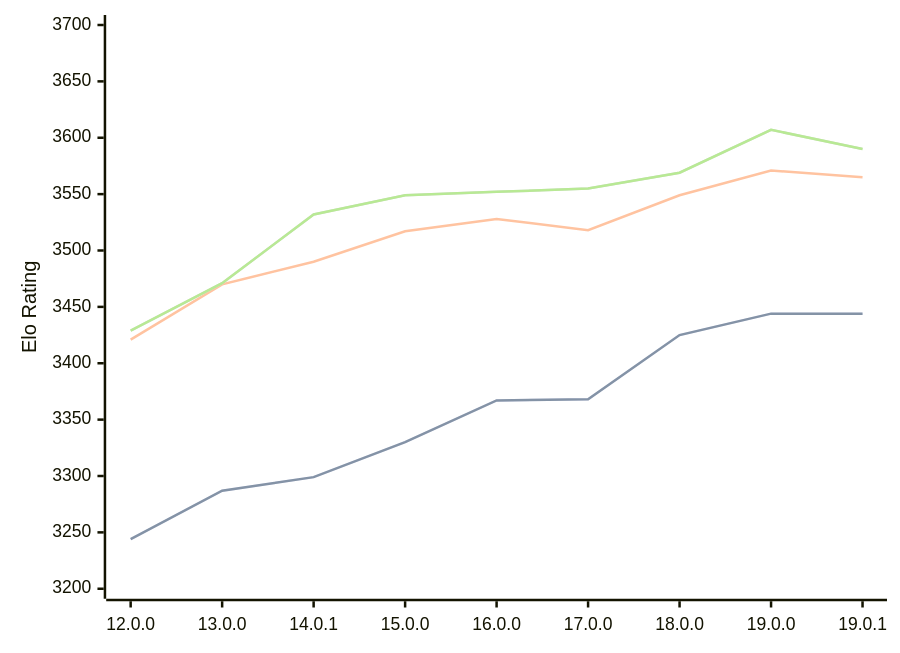
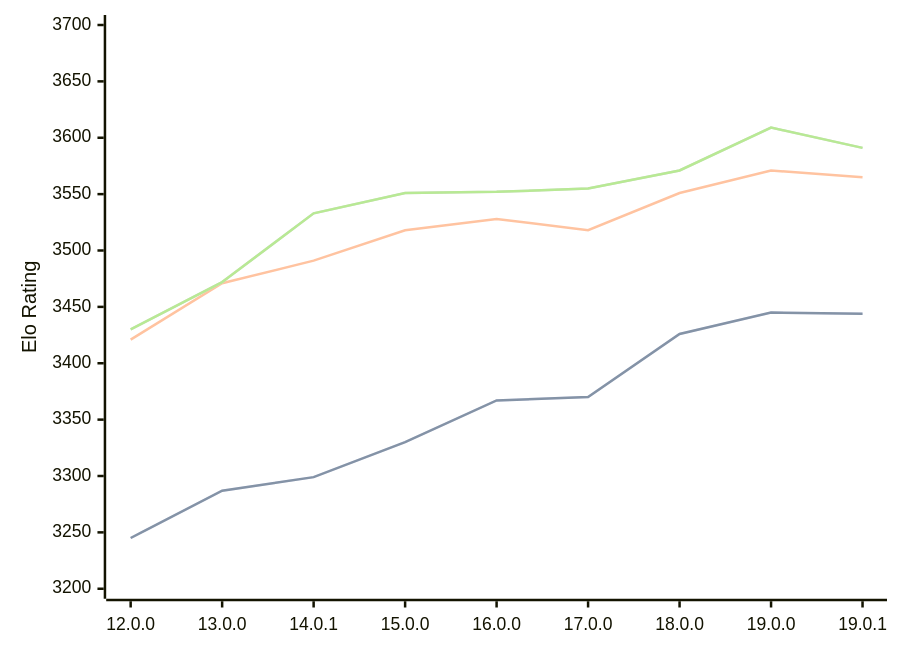
The diagram in engines/Viridithas.md (computer-chess-index/cci), drawn with Mermaid before and after one commit. The commit also changed other lines of this file, not shown here.

Commit message:
Update CCI Ratings (ELO VLTC) - 2026-04-19

````diff
--- a/engines/Viridithas.md
+++ b/engines/Viridithas.md
@@ -63,11 +63,11 @@
 ```mermaid
 %%{init: {"theme":"base","themeVariables":{"seriesColors:['#a3a3a3','#222221','#faa371']}}}%%
 xychart-beta
   x-axis ["12.0.0", "13.0.0", "14.0.1", "15.0.0", "16.0.0", "17.0.0", "18.0.0", "19.0.0", "19.0.1"]
   y-axis "Elo Rating" 3200 --> 3700
-  line "STC (8.0+0.08s)" [3244, 3287, 3299, 3330, 3367, 3368, 3425, 3444, 3444]
-  line "STC (8.0+0.08s)" [3244, 3287, 3299, 3330, 3367, 3368, 3425, 3444, 3444]
-  line "LTC (60.0+0.60s)" [3421, 3470, 3490, 3517, 3528, 3518, 3549, 3571, 3565]
-  line "VLTC (2m24s+1.12s)" [3429, 3471, 3532, 3549, 3552, 3555, 3569, 3607, 3590]
-  line "VLTC (2m24s+1.12s)" [3429, 3471, 3532, 3549, 3552, 3555, 3569, 3607, 3590]
+  line "STC (8.0+0.08s)" [3245, 3287, 3299, 3330, 3367, 3370, 3426, 3445, 3444]
+  line "STC (8.0+0.08s)" [3245, 3287, 3299, 3330, 3367, 3370, 3426, 3445, 3444]
+  line "LTC (60.0+0.60s)" [3421, 3471, 3491, 3518, 3528, 3518, 3551, 3571, 3565]
+  line "VLTC (2m24s+1.12s)" [3430, 3472, 3533, 3551, 3552, 3555, 3571, 3609, 3591]
+  line "VLTC (2m24s+1.12s)" [3430, 3472, 3533, 3551, 3552, 3555, 3571, 3609, 3591]
 ```
````
